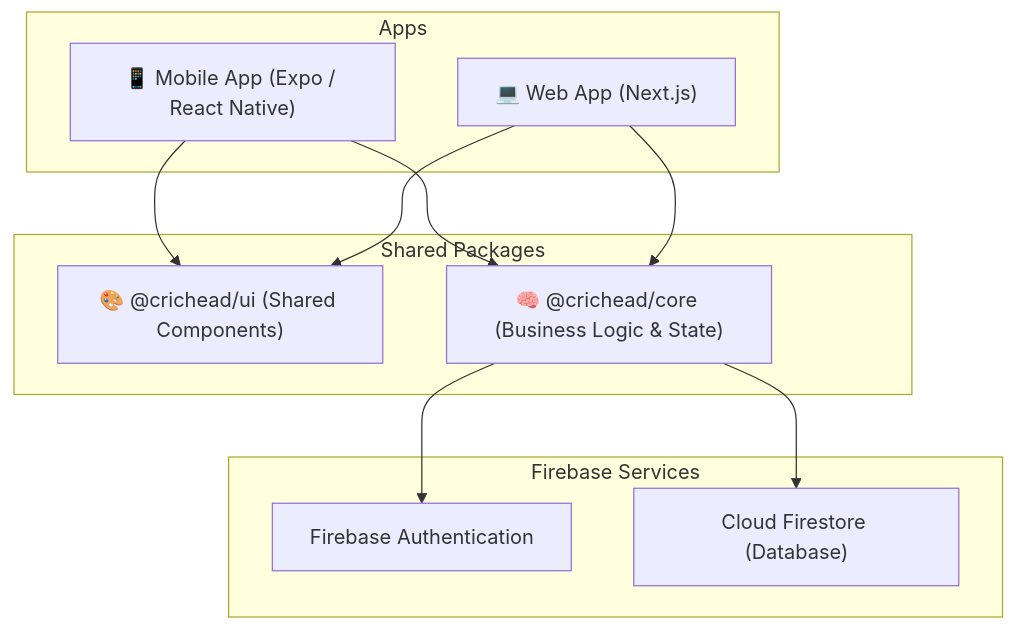
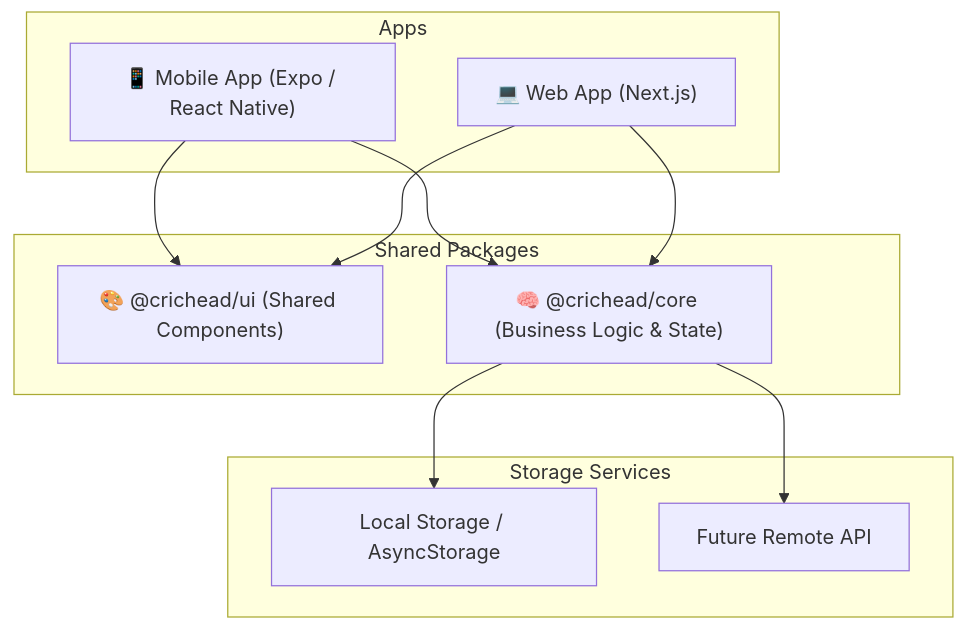
Before and after one commit to balumuriraj/crichead: the diagram in ARCHITECTURE.md, drawn with Mermaid. The commit also changed other lines of this file and 41 other files, not shown here.

Commit message:
feat: Implement local match persistence using AsyncStorage, introduce new match summary and scorecard views, and remove Firebase dependencies.

````diff
--- a/ARCHITECTURE.md
+++ b/ARCHITECTURE.md
@@ -8,24 +8,24 @@
 ```mermaid
 graph TD
     subgraph Apps
         MobileApp["📱 Mobile App (Expo / React Native)"]
         WebApp["💻 Web App (Next.js)"]
     end
 
     subgraph Packages["Shared Packages"]
         UI["🎨 @crichead/ui (Shared Components)"]
         Core["🧠 @crichead/core (Business Logic & State)"]
     end
 
-    subgraph Backend["Firebase Services"]
-        Auth["Firebase Authentication"]
-        Firestore["Cloud Firestore (Database)"]
+    subgraph Backend["Storage Services"]
+        LocalStore["Local Storage / AsyncStorage"]
+        FutureRemote["Future Remote API"]
     end
 
     MobileApp --> UI
     MobileApp --> Core
     WebApp --> UI
     WebApp --> Core
-    Core --> Auth
-    Core --> Firestore
+    Core --> LocalStore
+    Core --> FutureRemote
 ```
````
